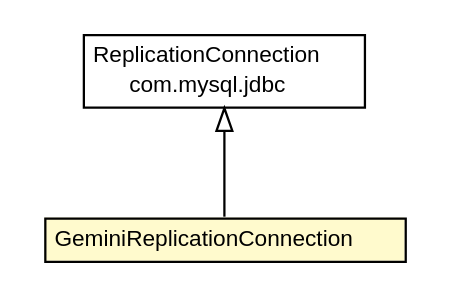
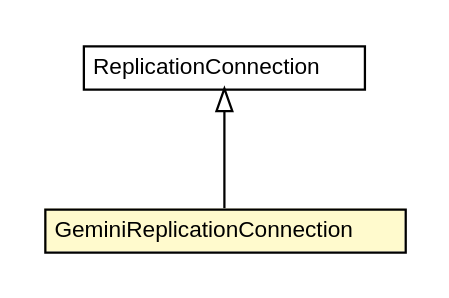
The diagram in dddlib-datasource-router/apidocs/org/dayatang/mysql/jdbc/GeminiReplicationConnection.dot (dayatang/dddlib), drawn with Graphviz before and after one commit. The commit also changed 269 other files, not shown here.

```diff
--- a/dddlib-datasource-router/apidocs/org/dayatang/mysql/jdbc/GeminiReplicationConnection.dot
+++ b/dddlib-datasource-router/apidocs/org/dayatang/mysql/jdbc/GeminiReplicationConnection.dot
@@ -1,27 +1,26 @@
 #!/usr/local/bin/dot
 #
 # Class diagram 
 # Generated by UMLGraph version R5_6_6-8-g8d7759 (http://www.umlgraph.org/)
 #
 
 digraph G {
 	edge [fontname="Helvetica",fontsize=10,labelfontname="Helvetica",labelfontsize=10];
 	node [fontname="Helvetica",fontsize=10,shape=plaintext];
 	nodesep=0.25;
 	ranksep=0.5;
 	// org.dayatang.mysql.jdbc.GeminiReplicationConnection
-	c289 [label=<<table title="org.dayatang.mysql.jdbc.GeminiReplicationConnection" border="0" cellborder="1" cellspacing="0" cellpadding="2" port="p" bgcolor="lemonChiffon" href="./GeminiReplicationConnection.html">
+	c281 [label=<<table title="org.dayatang.mysql.jdbc.GeminiReplicationConnection" border="0" cellborder="1" cellspacing="0" cellpadding="2" port="p" bgcolor="lemonChiffon" href="./GeminiReplicationConnection.html">
 		<tr><td><table border="0" cellspacing="0" cellpadding="1">
 <tr><td align="center" balign="center"> GeminiReplicationConnection </td></tr>
 		</table></td></tr>
 		</table>>, URL="./GeminiReplicationConnection.html", fontname="Helvetica", fontcolor="black", fontsize=10.0];
 	//org.dayatang.mysql.jdbc.GeminiReplicationConnection extends com.mysql.jdbc.ReplicationConnection
-	c303:p -> c289:p [dir=back,arrowtail=empty];
+	c285:p -> c281:p [dir=back,arrowtail=empty];
 	// com.mysql.jdbc.ReplicationConnection
-	c303 [label=<<table title="com.mysql.jdbc.ReplicationConnection" border="0" cellborder="1" cellspacing="0" cellpadding="2" port="p" href="http://java.sun.com/j2se/1.4.2/docs/api/com/mysql/jdbc/ReplicationConnection.html">
+	c285 [label=<<table title="com.mysql.jdbc.ReplicationConnection" border="0" cellborder="1" cellspacing="0" cellpadding="2" port="p">
 		<tr><td><table border="0" cellspacing="0" cellpadding="1">
 <tr><td align="center" balign="center"> ReplicationConnection </td></tr>
-<tr><td align="center" balign="center"> com.mysql.jdbc </td></tr>
 		</table></td></tr>
-		</table>>, URL="http://java.sun.com/j2se/1.4.2/docs/api/com/mysql/jdbc/ReplicationConnection.html", fontname="Helvetica", fontcolor="black", fontsize=10.0];
+		</table>>, URL="null", fontname="Helvetica", fontcolor="black", fontsize=10.0];
 }
```
